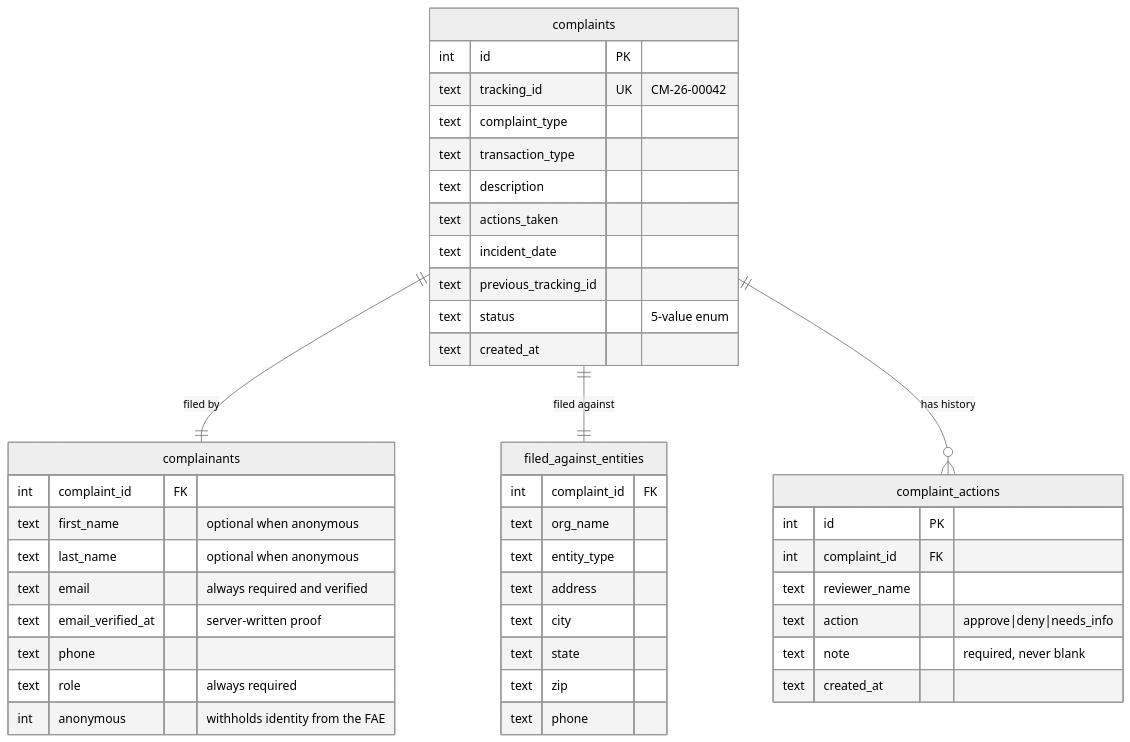
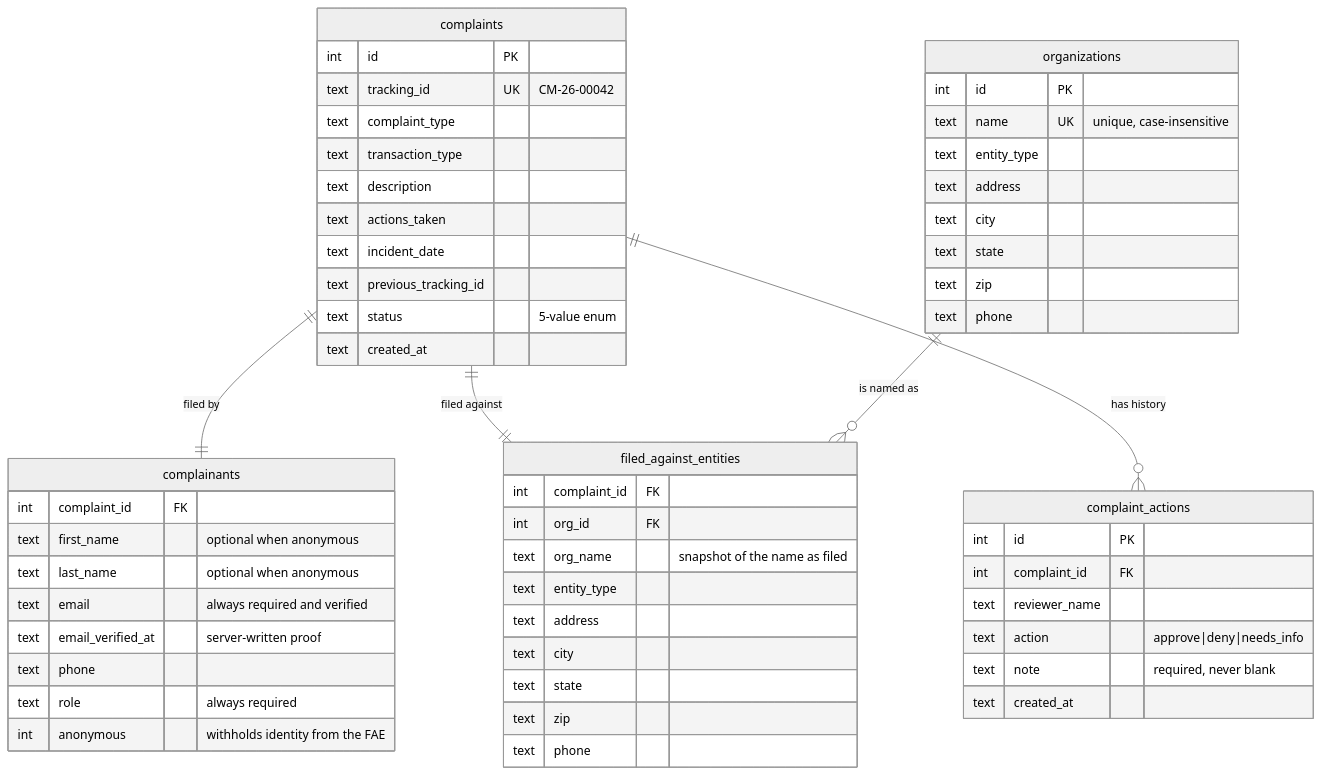
One commit to sgupta98mnit/Guest-Complaint- changed the diagram in README.md. Above: the diagram before and after it, drawn with Mermaid (neutral theme). The commit also changed other lines of this file and 1 other file, not shown here.

Commit message:
Update README, architecture, and prep notes for the current build

````diff
--- a/README.md
+++ b/README.md
@@ -127,47 +132,60 @@
 ```mermaid
 erDiagram
     complaints ||--|| complainants : "filed by"
     complaints ||--|| filed_against_entities : "filed against"
     complaints ||--o{ complaint_actions : "has history"
+    organizations ||--o{ filed_against_entities : "is named as"
+
+    organizations {
+        int id PK
+        text name UK "unique, case-insensitive"
+        text entity_type
+        text address
+        text city
+        text state
+        text zip
+        text phone
+    }
 
     complaints {
         int id PK
         text tracking_id UK "CM-26-00042"
         text complaint_type
         text transaction_type
         text description
         text actions_taken
         text incident_date
         text previous_tracking_id
         text status "5-value enum"
         text created_at
     }
     complainants {
         int complaint_id FK
         text first_name "optional when anonymous"
         text last_name "optional when anonymous"
         text email "always required and verified"
         text email_verified_at "server-written proof"
         text phone
         text role "always required"
         int anonymous "withholds identity from the FAE"
     }
     filed_against_entities {
         int complaint_id FK
-        text org_name
+        int org_id FK
+        text org_name "snapshot of the name as filed"
         text entity_type
         text address
         text city
         text state
         text zip
         text phone
     }
     complaint_actions {
         int id PK
         int complaint_id FK
         text reviewer_name
         text action "approve|deny|needs_info"
         text note "required, never blank"
         text created_at
     }
 ```
````
